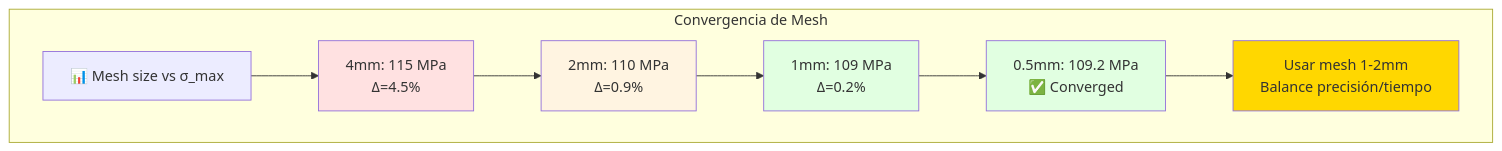
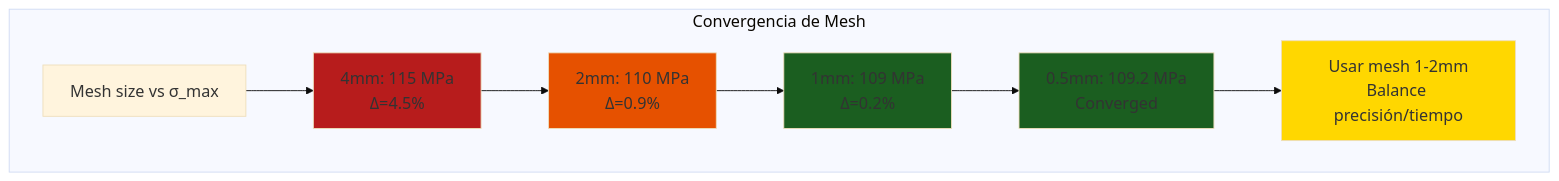
One commit to Ai-Whisperers/Courses-Content changed diagram 13 of 18 in courses/🟡-development/FPUNA-2026/03-INGENIERIA-AERONAUTICA/03-estructuras-materiales.md. Above: the diagram before and after it, drawn with Mermaid. The commit also changed other lines of this file and 47 other files, not shown here.

First line of the commit message:
fix: Make all 473 diagrams WCAG AAA accessible (FPUNA-2026)

````diff
--- a/courses/🟡-development/FPUNA-2026/03-INGENIERIA-AERONAUTICA/03-estructuras-materiales.md
+++ b/courses/🟡-development/FPUNA-2026/03-INGENIERIA-AERONAUTICA/03-estructuras-materiales.md
@@ -850,19 +862,20 @@
 ```mermaid
+%%{init: {'theme':'base', 'themeVariables': {'fontSize':'18px'}}}%%
 graph TD
     subgraph "Convergencia de Mesh"
-        A[📊 Mesh size vs σ_max]
+        A[Mesh size vs σ_max]
         
         A --> B[4mm: 115 MPa<br/>Δ=4.5%]
         B --> C[2mm: 110 MPa<br/>Δ=0.9%]
         C --> D[1mm: 109 MPa<br/>Δ=0.2%]
-        D --> E[0.5mm: 109.2 MPa<br/>✅ Converged]
+        D --> E[0.5mm: 109.2 MPa<br/>Converged]
         
         E --> F[Usar mesh 1-2mm<br/>Balance precisión/tiempo]
     end
     
-    style B fill:#FFE1E1
-    style C fill:#FFF4E1
-    style D fill:#E1FFE1
-    style E fill:#E1FFE1
+    style B fill:#b71c1c
+    style C fill:#e65100
+    style D fill:#1b5e20
+    style E fill:#1b5e20
     style F fill:#FFD700
 ```
````
